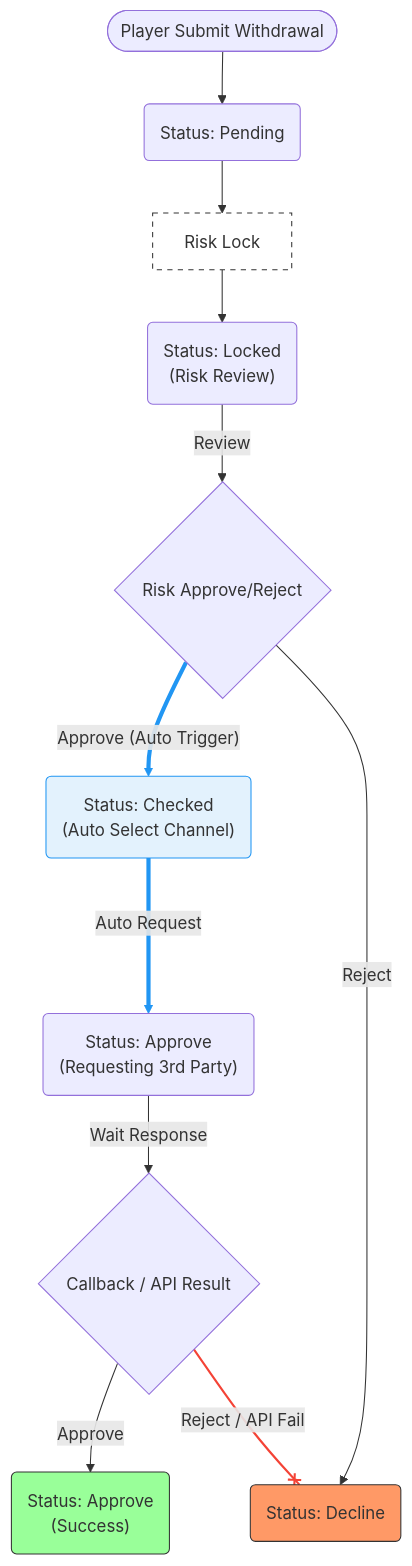
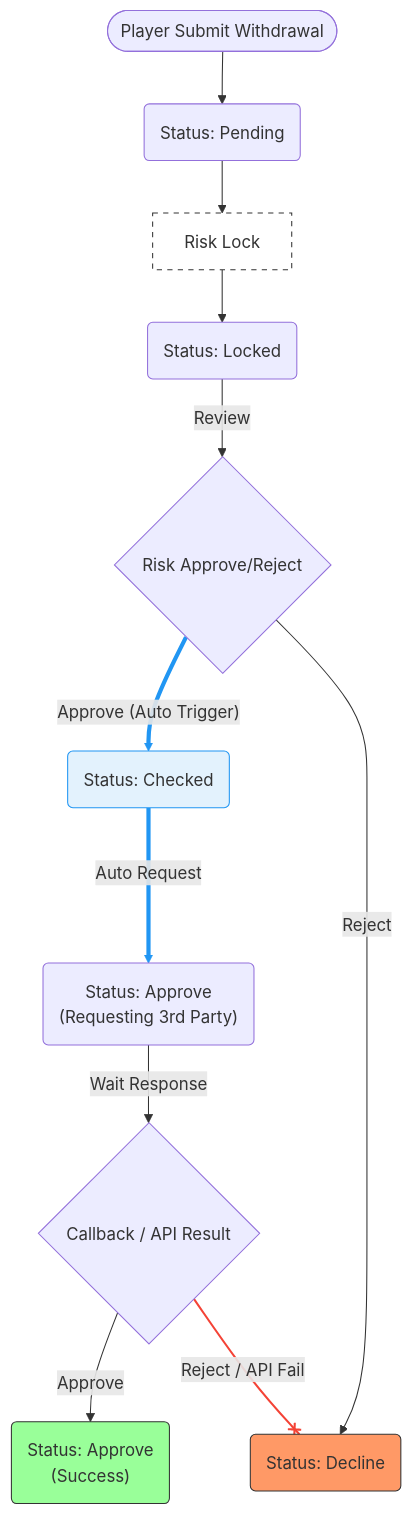
Before and after one commit to almightyken0425/SuSuGiGiSpec: the second of 2 diagrams in no99_archive/sitflowchart.md, drawn with Mermaid. The commit also changed other lines of this file, not shown here.

````diff
--- a/no99_archive/sitflowchart.md
+++ b/no99_archive/sitflowchart.md
@@ -87,58 +87,58 @@
 ```mermaid
 graph TD
     %% 節點定義
     StartAuto(["Player Submit Withdrawal"])
     PendingAuto("Status: Pending")
     
     RiskLockActionBoxAuto["Risk Lock"]
-    RiskLockAuto("Status: Locked<br/>(Risk Review)")
+    RiskLockAuto("Status: Locked")
     
     RiskActionAuto{"Risk Approve/Reject"}
-    ApproveAuto("Status: Checked<br/>(Auto Select Channel)")
+    ApproveAuto("Status: Checked")
     ApproveReqAuto("Status: Approve<br/>(Requesting 3rd Party)")
     DeclineAuto("Status: Decline")
     SuccessAuto("Status: Approve<br/>(Success)")
     CallbackAuto{"Callback / API Result"}
 
     StartAuto --> PendingAuto
     
     PendingAuto --> RiskLockActionBoxAuto
     RiskLockActionBoxAuto --> RiskLockAuto
     
     RiskLockAuto -->|"Review"| RiskActionAuto
     
     %% 高亮自動化路徑
     RiskActionAuto ==>|"Approve (Auto Trigger)"| ApproveAuto
     ApproveAuto ===>|"Auto Request"| ApproveReqAuto
 
     RiskActionAuto -->|"Reject"| DeclineAuto
     
     ApproveReqAuto -->|"Wait Response"| CallbackAuto
 
     CallbackAuto -->|"Approve"| SuccessAuto
     
     %% 高亮報廢路徑
     CallbackAuto --x|"Reject / API Fail"| DeclineAuto
 
     %% 樣式與連結美化
     %% linkStyle 索引 (基於連接線出現順序):
     %% 0: StartAuto -> PendingAuto
     %% 1: PendingAuto -> RiskLockActionBoxAuto
     %% 2: RiskLockActionBoxAuto -> RiskLockAuto
     %% 3: RiskLockAuto -> RiskActionAuto
     %% 4: RiskActionAuto ==> ApproveAuto
     %% 5: ApproveAuto ===> ApproveReqAuto
     %% 6: RiskActionAuto --> DeclineAuto
     %% 7: ApproveReqAuto --> CallbackAuto
     %% 8: CallbackAuto --> SuccessAuto
     %% 9: CallbackAuto --x DeclineAuto
 
     linkStyle 4 stroke:#2196f3,stroke-width:4px;
     linkStyle 5 stroke:#2196f3,stroke-width:4px;
     linkStyle 9 stroke:#f44336,stroke-width:2px;
 
     style DeclineAuto fill:#f96,stroke:#333
     style SuccessAuto fill:#9f9,stroke:#333
     style ApproveAuto fill:#e3f2fd,stroke:#2196f3
     style RiskLockActionBoxAuto fill:#fff,stroke:#333,stroke-dasharray: 5 5
 ```
````
